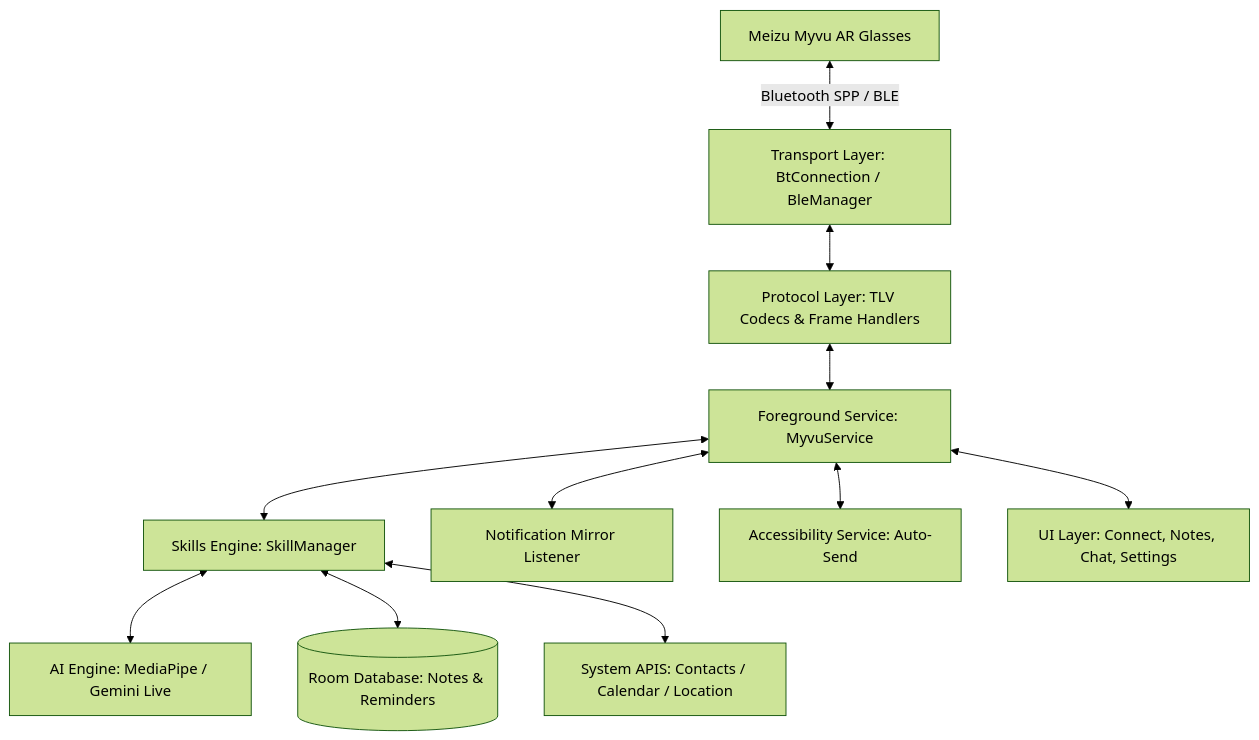
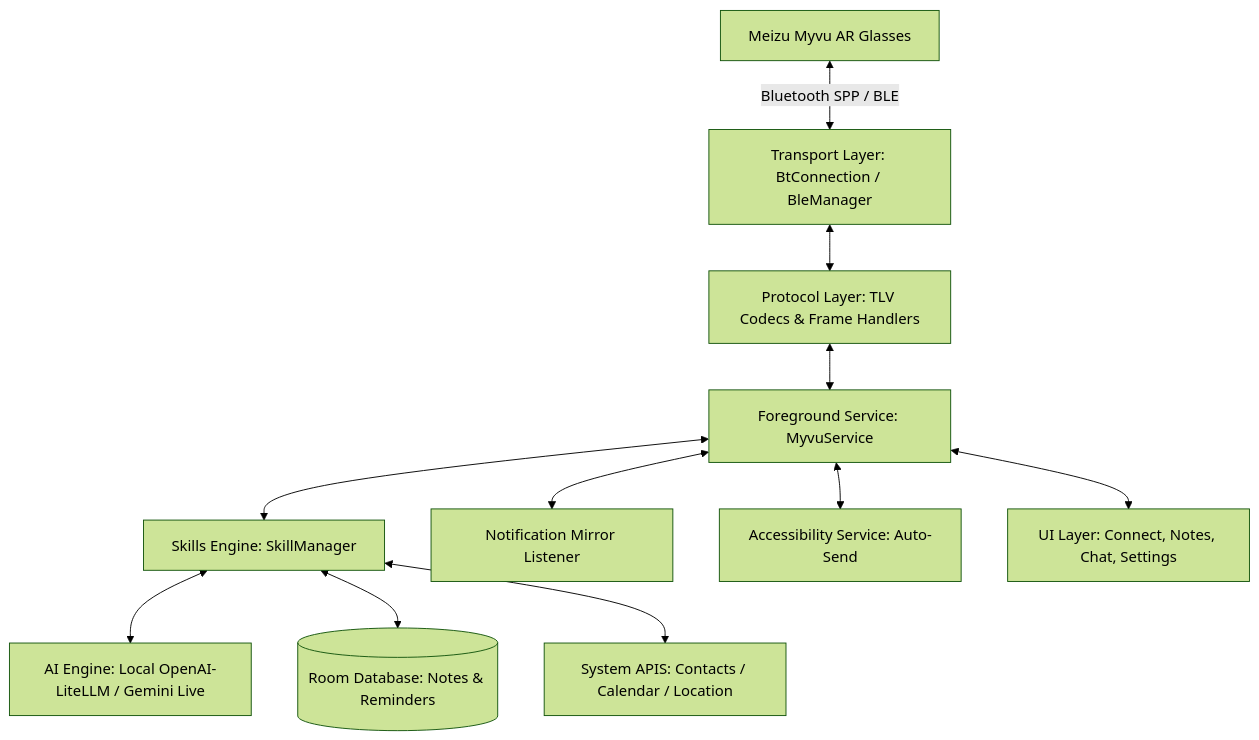
Before and after one commit to ralamgstromg/Meizu-Myvu-Client: the diagram in android-kotlin/README.md, drawn with Mermaid (forest theme). The commit also changed other lines of this file and 23 other files, not shown here.

````diff
--- a/android-kotlin/README.md
+++ b/android-kotlin/README.md
@@ -55,16 +56,16 @@
 ```mermaid
 graph TD
     Glasses[Meizu Myvu AR Glasses] <--> |Bluetooth SPP / BLE| Transport[Transport Layer: BtConnection / BleManager]
     Transport <--> Protocol[Protocol Layer: TLV Codecs & Frame Handlers]
     Protocol <--> Service[Foreground Service: MyvuService]
 
     Service <--> Skills[Skills Engine: SkillManager]
     Service <--> Mirror[Notification Mirror Listener]
     Service <--> AutoSend[Accessibility Service: Auto-Send]
 
-    Skills <--> AI[AI Engine: MediaPipe / Gemini Live]
+    Skills <--> AI[AI Engine: Local OpenAI-LiteLLM / Gemini Live]
     Skills <--> DB[(Room Database: Notes & Reminders)]
     Skills <--> External[System APIS: Contacts / Calendar / Location]
 
     Service <--> UI[UI Layer: Connect, Notes, Chat, Settings]
 ```
````
